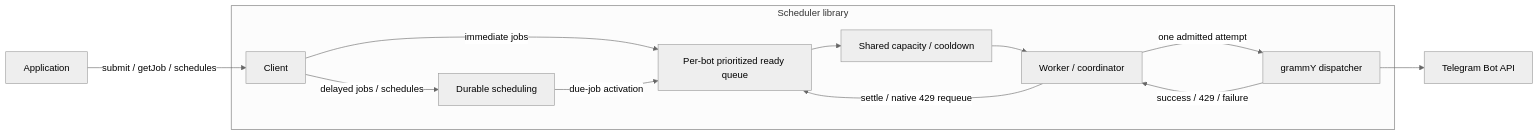
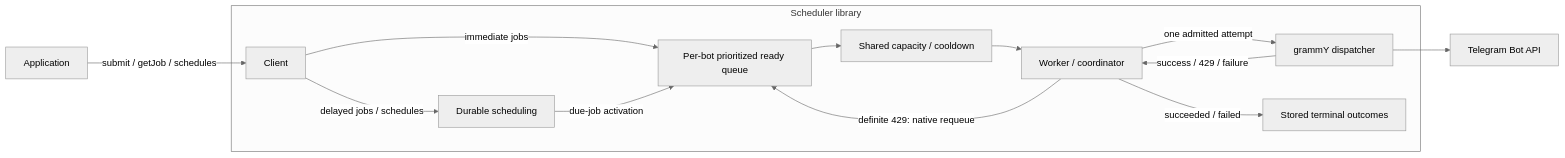
The diagram in docs/library-overview.md (KnightNiwrem/tg-scheduler), drawn with Mermaid (neutral theme) before and after one commit. The commit also changed 5 other files, not shown here.

````diff
--- a/docs/library-overview.md
+++ b/docs/library-overview.md
@@ -24,15 +24,16 @@
 ```mermaid
 flowchart LR
-  Application -->|submit / getJob / schedules| Client
   subgraph Library[Scheduler library]
-    Client -->|immediate jobs| Ready[Per-bot prioritized ready queue]
+    Client[Client] -->|immediate jobs| Ready[Per-bot prioritized ready queue]
     Client -->|delayed jobs / schedules| Scheduling[Durable scheduling]
     Scheduling -->|due-job activation| Ready
     Ready --> Admission[Shared capacity / cooldown]
     Admission --> Worker[Worker / coordinator]
     Worker -->|one admitted attempt| Transport[grammY dispatcher]
     Transport -->|success / 429 / failure| Worker
-    Worker -->|settle / native 429 requeue| Ready
+    Worker -->|definite 429: native requeue| Ready
+    Worker -->|succeeded / failed| Outcomes[Stored terminal outcomes]
   end
+  Application -->|submit / getJob / schedules| Client
   Transport --> Telegram[Telegram Bot API]
 ```
````
